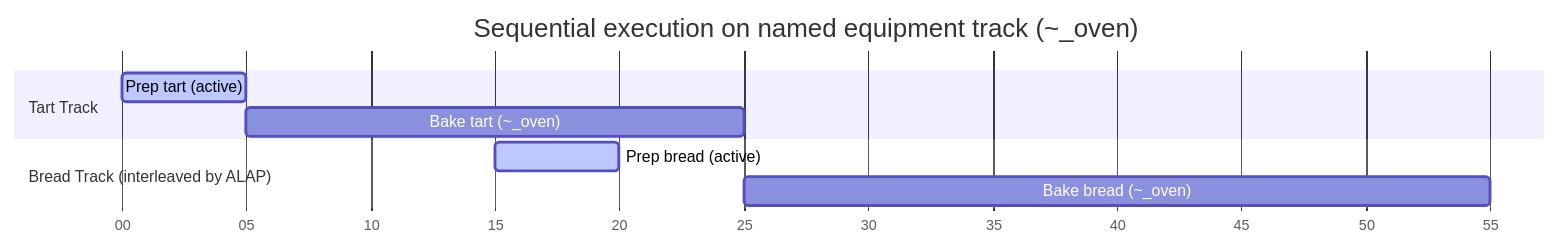
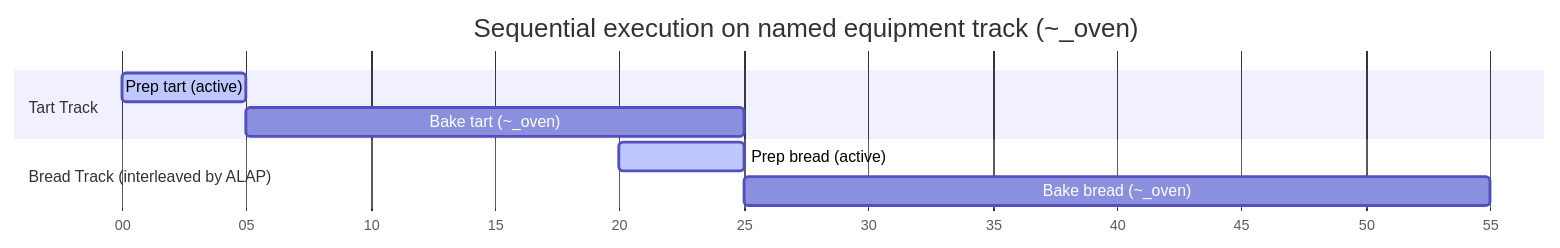
The fifth of 5 diagrams in packages/docs/src/content/docs/docs/explanation/alap-scheduling.mdx (gram-lang/gram), drawn with Mermaid before and after one commit. The commit also changed other lines of this file and 1 other file, not shown here.

Commit message:
docs: fix Mermaid Gantt timings in ALAP scheduling explanation

````diff
--- a/packages/docs/src/content/docs/docs/explanation/alap-scheduling.mdx
+++ b/packages/docs/src/content/docs/docs/explanation/alap-scheduling.mdx
@@ -154,14 +154,14 @@
 ```mermaid
 gantt
     title Sequential execution on named equipment track (~_oven)
     dateFormat  m
     axisFormat %M
     
     section Tart Track
     Prep tart (active)                : active, p1, 0, 5m
     Bake tart (~_oven)                : p2, after p1, 20m
     
     section Bread Track (interleaved by ALAP)
-    Prep bread (active)               : active, b1, 15, 5m
+    Prep bread (active)               : active, b1, 20, 5m
     Bake bread (~_oven)               : b2, after p2, 30m
 ```
````
